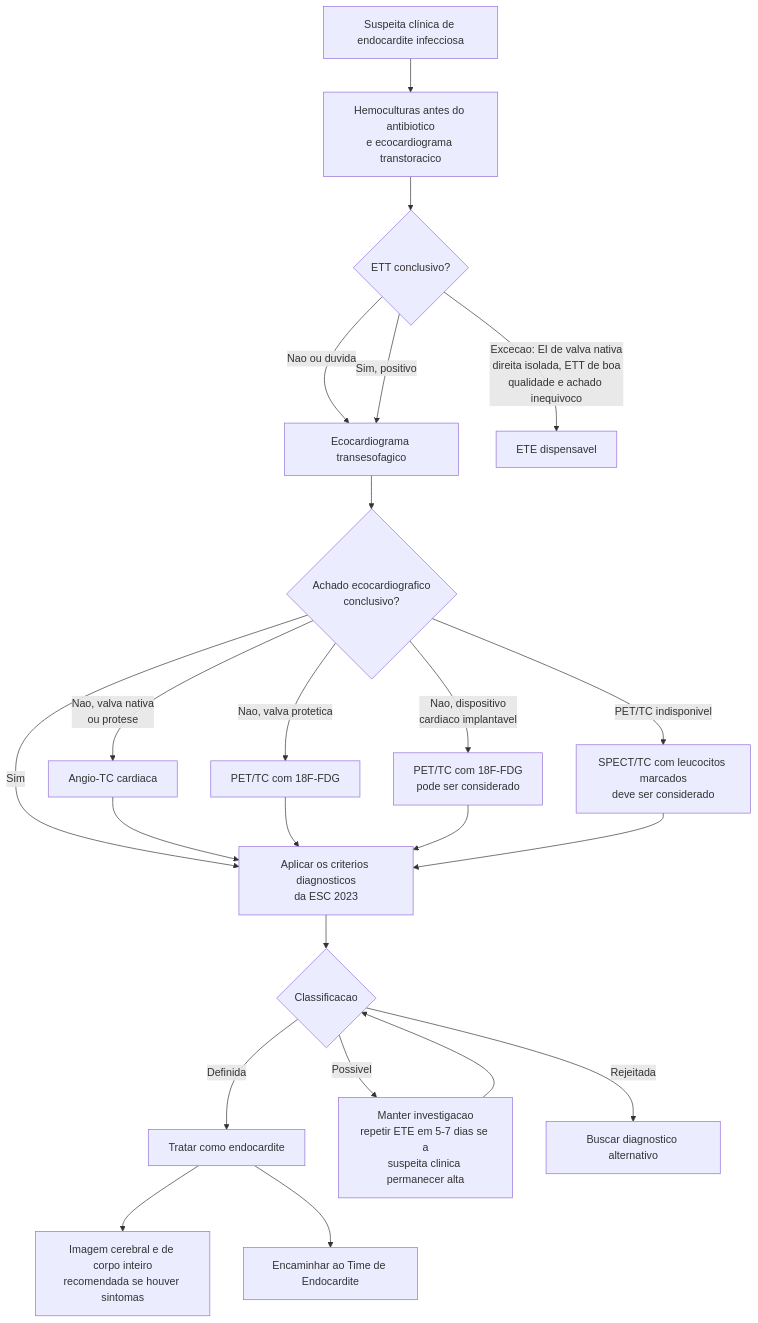
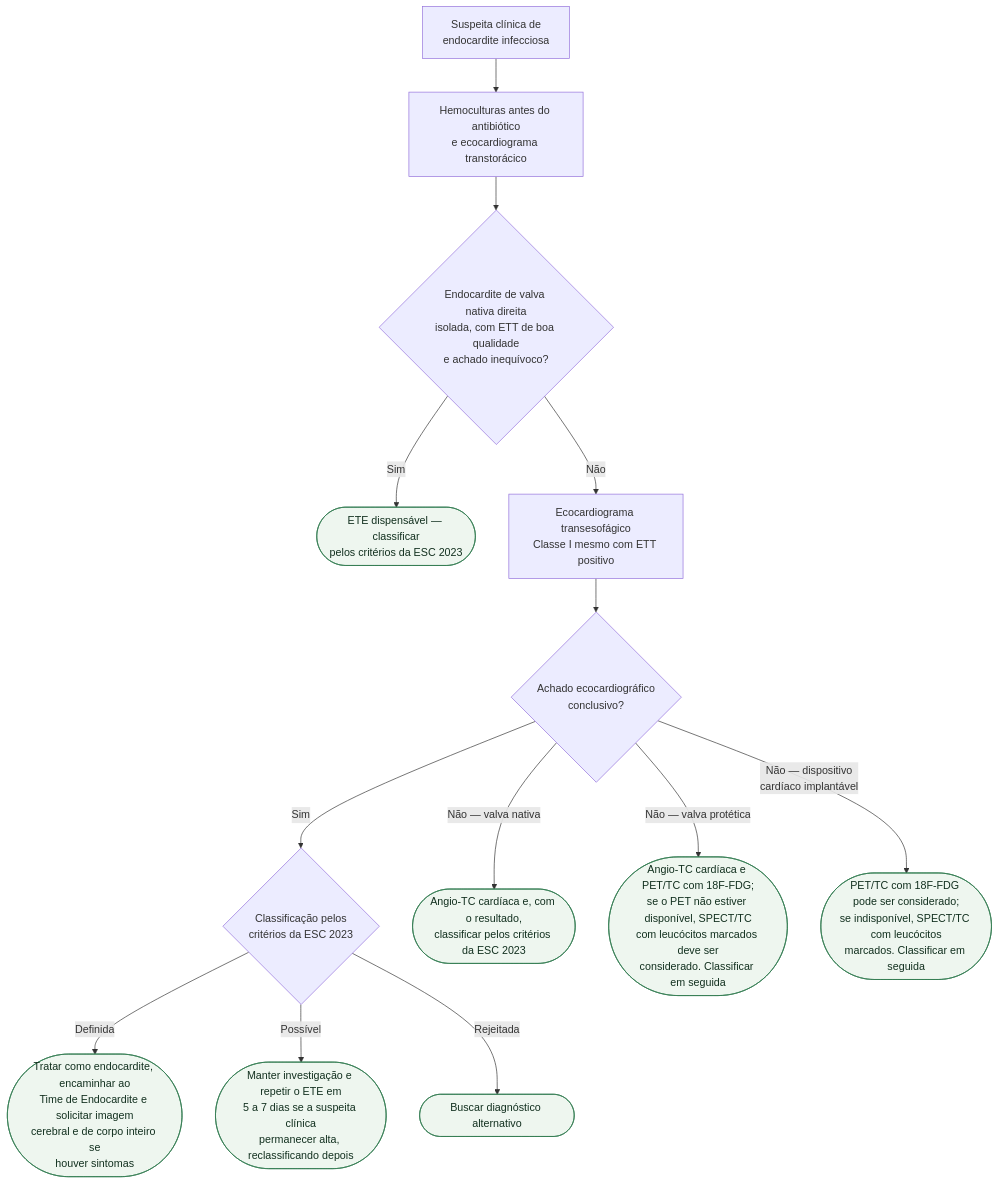
One commit to rafaelpaesmeirelles/MeuCardio changed the first of 2 diagrams in content/Endocardite/fluxograma-endocardite-infecciosa-esc-2023.md. Above: the diagram before and after it, drawn with Mermaid. The commit also changed other lines of this file and 18 other files, not shown here.

````diff
--- a/content/Endocardite/fluxograma-endocardite-infecciosa-esc-2023.md
+++ b/content/Endocardite/fluxograma-endocardite-infecciosa-esc-2023.md
@@ -22,36 +22,27 @@
 ```mermaid
 flowchart TD
-  A["Suspeita clínica de endocardite infecciosa"] --> B["Hemoculturas antes do antibiotico<br/>e ecocardiograma transtoracico"]
+  R0["Suspeita clínica de<br/>endocardite infecciosa"] --> P1["Hemoculturas antes do antibiótico<br/>e ecocardiograma transtorácico"]
 
-  B --> C{"ETT conclusivo?"}
+  P1 --> D1{"Endocardite de valva nativa direita<br/>isolada, com ETT de boa qualidade<br/>e achado inequívoco?"}
 
-  C -->|Nao ou duvida| D["Ecocardiograma transesofagico"]
-  C -->|Sim, positivo| D
+  D1 -->|Sim| C1(["ETE dispensável — classificar<br/>pelos critérios da ESC 2023"])
 
-  C -->|"Excecao: EI de valva nativa<br/>direita isolada, ETT de boa<br/>qualidade e achado inequivoco"| E["ETE dispensavel"]
+  D1 -->|Não| P2["Ecocardiograma transesofágico<br/>Classe I mesmo com ETT positivo"]
 
-  D --> F{"Achado ecocardiografico<br/>conclusivo?"}
+  P2 --> D2{"Achado ecocardiográfico<br/>conclusivo?"}
 
-  F -->|Sim| G["Aplicar os criterios diagnosticos<br/>da ESC 2023"]
+  D2 -->|Sim| D3{"Classificação pelos<br/>critérios da ESC 2023"}
 
-  F -->|"Nao, valva nativa<br/>ou protese"| H["Angio-TC cardiaca"]
-  F -->|"Nao, valva protetica"| I["PET/TC com 18F-FDG"]
-  F -->|"Nao, dispositivo<br/>cardiaco implantavel"| J["PET/TC com 18F-FDG<br/>pode ser considerado"]
+  D3 -->|Definida| C2(["Tratar como endocardite, encaminhar ao<br/>Time de Endocardite e solicitar imagem<br/>cerebral e de corpo inteiro se<br/>houver sintomas"])
+  D3 -->|Possível| C3(["Manter investigação e repetir o ETE em<br/>5 a 7 dias se a suspeita clínica<br/>permanecer alta, reclassificando depois"])
+  D3 -->|Rejeitada| C4(["Buscar diagnóstico alternativo"])
 
-  H --> G
-  I --> G
-  J --> G
+  D2 -->|"Não — valva nativa"| C5(["Angio-TC cardíaca e, com o resultado,<br/>classificar pelos critérios da ESC 2023"])
 
-  F -->|"PET/TC indisponivel"| K["SPECT/TC com leucocitos marcados<br/>deve ser considerado"]
-  K --> G
+  D2 -->|"Não — valva protética"| C6(["Angio-TC cardíaca e PET/TC com 18F-FDG;<br/>se o PET não estiver disponível, SPECT/TC<br/>com leucócitos marcados deve ser<br/>considerado. Classificar em seguida"])
 
-  G --> L{"Classificacao"}
-  L -->|Definida| M["Tratar como endocardite"]
-  L -->|Possivel| N["Manter investigacao<br/>repetir ETE em 5-7 dias se a<br/>suspeita clinica permanecer alta"]
-  L -->|Rejeitada| O["Buscar diagnostico alternativo"]
+  D2 -->|"Não — dispositivo<br/>cardíaco implantável"| C7(["PET/TC com 18F-FDG pode ser considerado;<br/>se indisponível, SPECT/TC com leucócitos<br/>marcados. Classificar em seguida"])
 
-  N --> L
-
-  M --> P["Imagem cerebral e de corpo inteiro<br/>recomendada se houver sintomas"]
-  M --> Q["Encaminhar ao Time de Endocardite"]
+  classDef conduta fill:#eef6ef,stroke:#2f7a4f,color:#12301f;
+  class C1,C2,C3,C4,C5,C6,C7 conduta;
 ```
````
